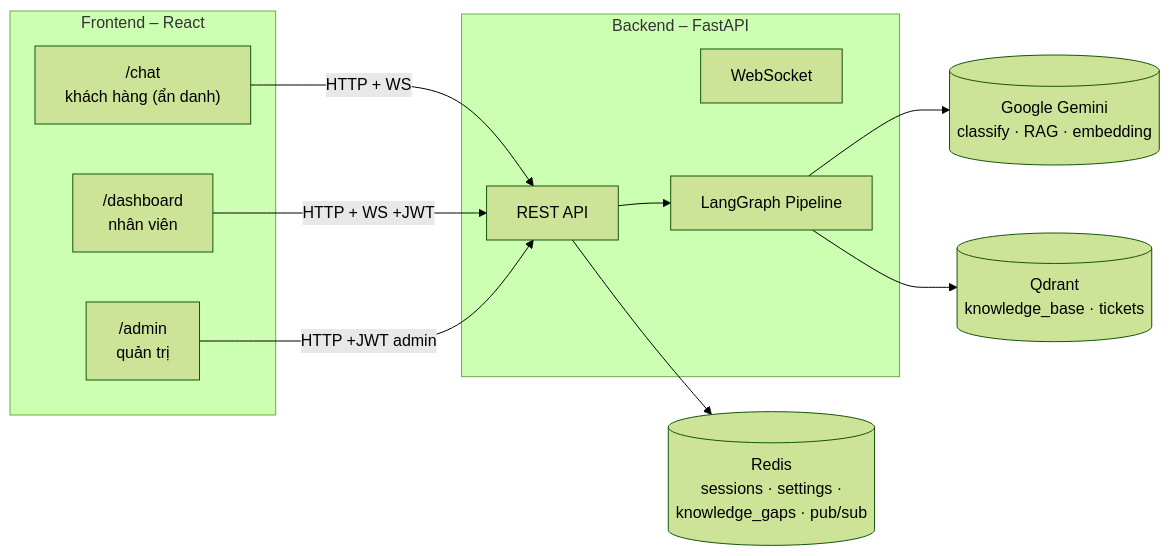
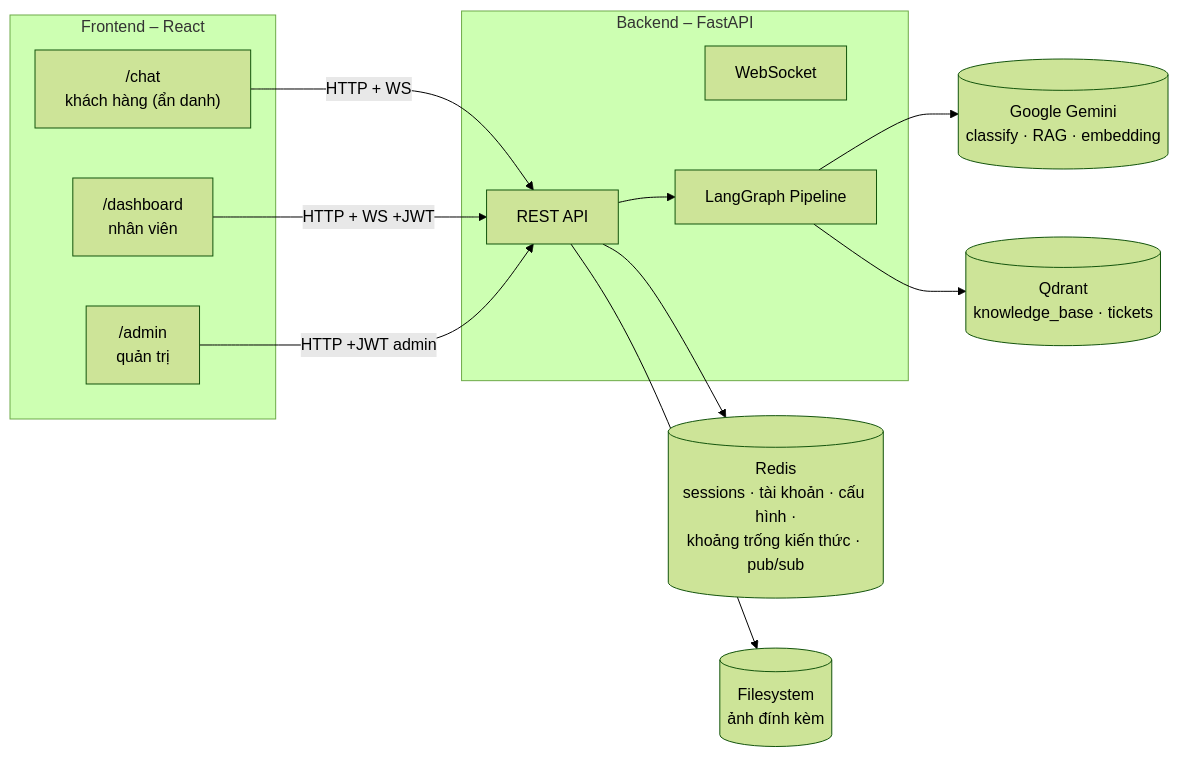
Before and after one commit to Lena-user/Ecom-Support: the diagram in README.md, drawn with Mermaid (forest theme). The commit also changed other lines of this file and 27 other files, not shown here.

````diff
--- a/README.md
+++ b/README.md
@@ -16,20 +34,21 @@
 ```mermaid
 flowchart LR
     subgraph FE[Frontend – React]
         Chat["/chat<br/>khách hàng (ẩn danh)"]
         Dash["/dashboard<br/>nhân viên"]
         Adm["/admin<br/>quản trị"]
     end
     subgraph BE[Backend – FastAPI]
         API[REST API]
         WS[WebSocket]
         Graph[LangGraph Pipeline]
     end
     Chat -->|HTTP + WS| API
     Dash -->|HTTP + WS +JWT| API
     Adm -->|HTTP +JWT admin| API
     API --> Graph
     Graph --> Gemini[(Google Gemini<br/>classify · RAG · embedding)]
     Graph --> Qdrant[(Qdrant<br/>knowledge_base · tickets)]
-    API --> Redis[(Redis<br/>sessions · settings ·<br/>knowledge_gaps · pub/sub)]
+    API --> Redis[(Redis<br/>sessions · tài khoản · cấu hình ·<br/>khoảng trống kiến thức · pub/sub)]
+    API --> Uploads[(Filesystem<br/>ảnh đính kèm)]
 ```
````
